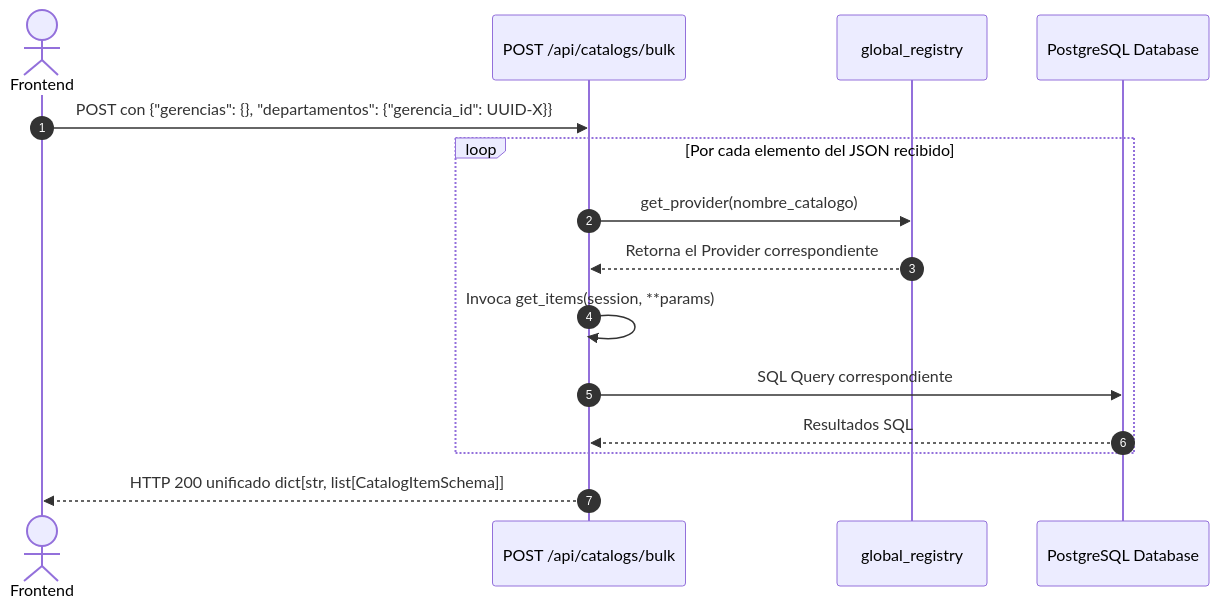
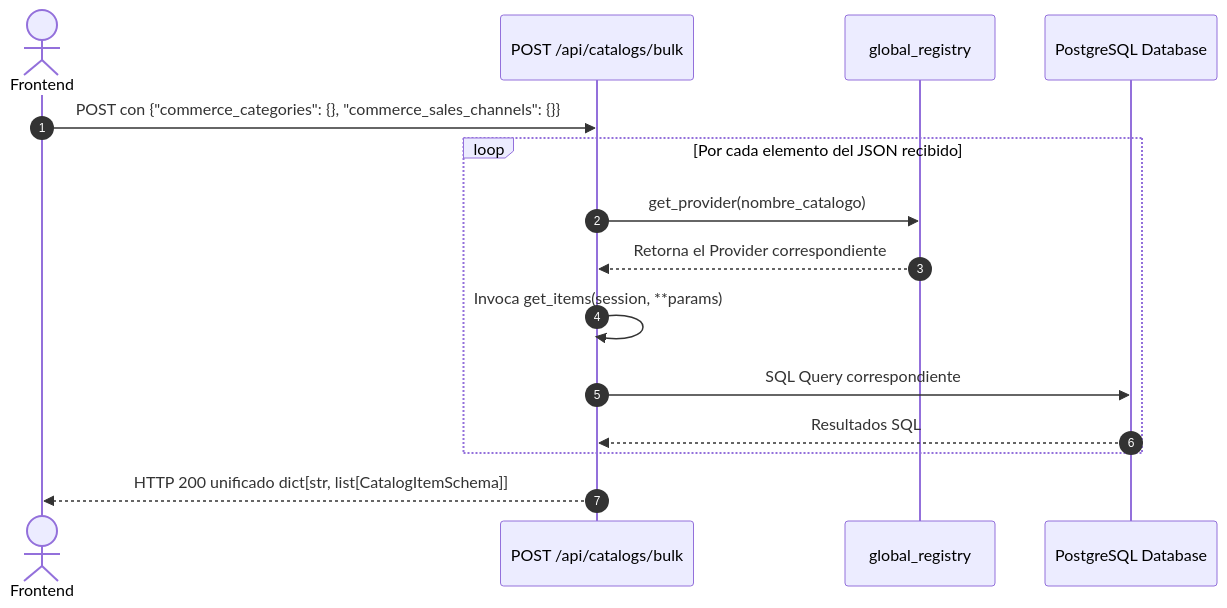
One commit to henrytaby/uyuni-backend-py changed the fourth of 4 diagrams in docs/developer_guide/02_sistema_catalogos_dinamicos.md. Above: the diagram before and after it, drawn with Mermaid. The commit also changed other lines of this file and 20 other files, not shown here.

````diff
--- a/docs/developer_guide/02_sistema_catalogos_dinamicos.md
+++ b/docs/developer_guide/02_sistema_catalogos_dinamicos.md
@@ -139,18 +139,18 @@
 ```mermaid
 sequenceDiagram
     autonumber
     actor Client as Frontend
     participant Route as POST /api/catalogs/bulk
     participant Reg as global_registry
     participant DB as PostgreSQL Database
     
-    Client->>Route: POST con {"gerencias": {}, "departamentos": {"gerencia_id": UUID-X}}
+    Client->>Route: POST con {"commerce_categories": {}, "commerce_sales_channels": {}}
     loop Por cada elemento del JSON recibido
         Route->>Reg: get_provider(nombre_catalogo)
         Reg-->>Route: Retorna el Provider correspondiente
         Route->>Route: Invoca get_items(session, **params)
         Route->>DB: SQL Query correspondiente
         DB-->>Route: Resultados SQL
     end
     Route-->>Client: HTTP 200 unificado dict[str, list[CatalogItemSchema]]
 ```
````
